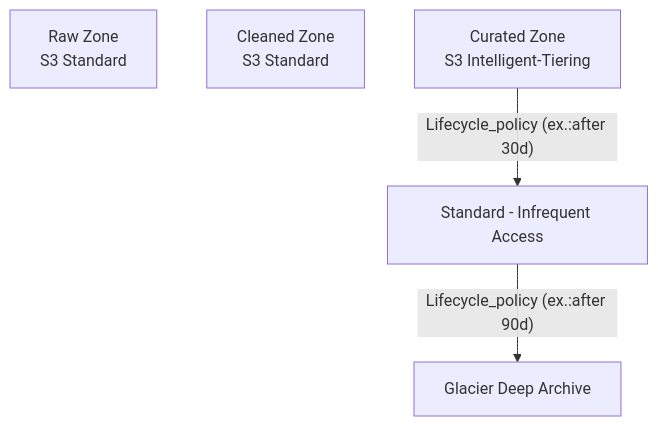
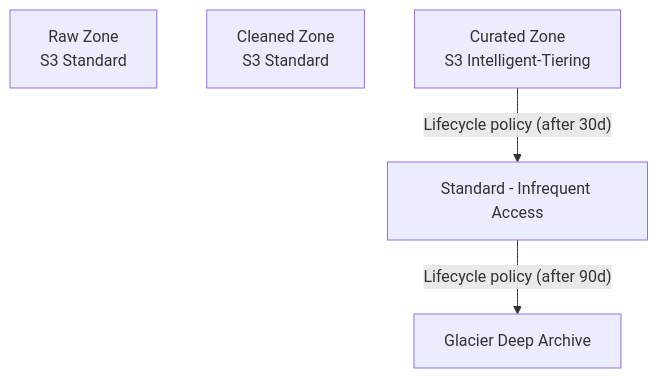
The second of 2 diagrams in AWS/Data Lake/Readme.md (danilo01arrudal/Exated-Documentation), drawn with Mermaid before and after one commit.

````diff
--- a/AWS/Data Lake/Readme.md
+++ b/AWS/Data Lake/Readme.md
@@ -141,9 +141,9 @@
 ```mermaid
 flowchart TD
     Raw["Raw Zone<br>S3 Standard"]
     Cleaned["Cleaned Zone<br>S3 Standard"]
     Curated["Curated Zone<br>S3 Intelligent-Tiering"]
 
-    Curated -->|"Lifecycle_policy (ex.:after 30d)"| StandardIA["Standard - Infrequent Access"]
-    StandardIA -->|"Lifecycle_policy (ex.:after 90d)"| Glacier["Glacier Deep Archive"]
+    Curated -->|"Lifecycle policy (after 30d)"| StandardIA["Standard - Infrequent Access"]
+    StandardIA -->|"Lifecycle policy (after 90d)"| Glacier["Glacier Deep Archive"]
 ```
````
